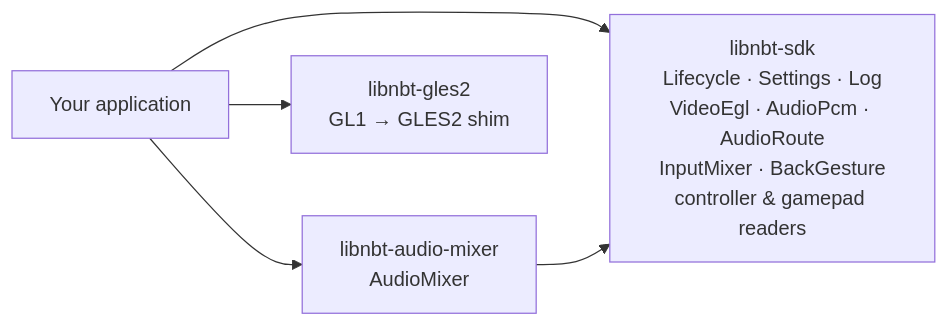
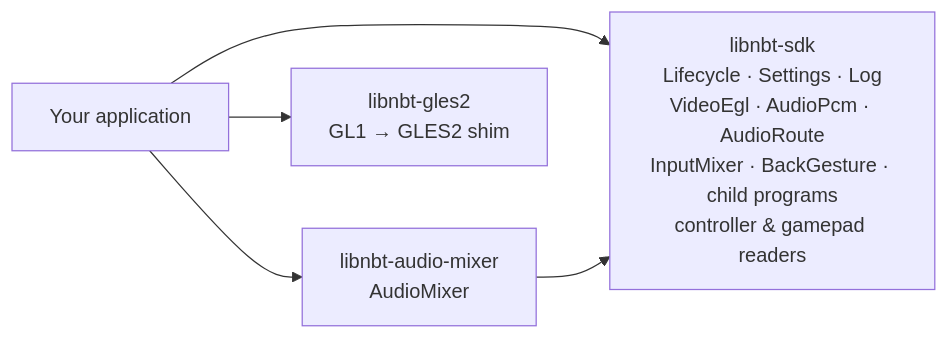
One commit to NBTFoundry/sdk changed the first of 3 diagrams in docs/api.md. Above: the diagram before and after it, drawn with Mermaid. The commit also changed other lines of this file and 16 other files, not shown here.

First line of the commit message:
Child programs: spawn with a descriptor map, appended companion programs

````diff
--- a/docs/api.md
+++ b/docs/api.md
@@ -10,7 +10,7 @@
 ```mermaid
 flowchart LR
   APP["Your application"] --> MIXER["libnbt-audio-mixer<br/>AudioMixer"]
-  APP --> SDK["libnbt-sdk<br/>Lifecycle · Settings · Log<br/>VideoEgl · AudioPcm · AudioRoute<br/>InputMixer · BackGesture<br/>controller &amp; gamepad readers"]
+  APP --> SDK["libnbt-sdk<br/>Lifecycle · Settings · Log<br/>VideoEgl · AudioPcm · AudioRoute<br/>InputMixer · BackGesture · child programs<br/>controller &amp; gamepad readers"]
   APP --> GLES2["libnbt-gles2<br/>GL1 → GLES2 shim"]
   MIXER --> SDK
 ```
````
